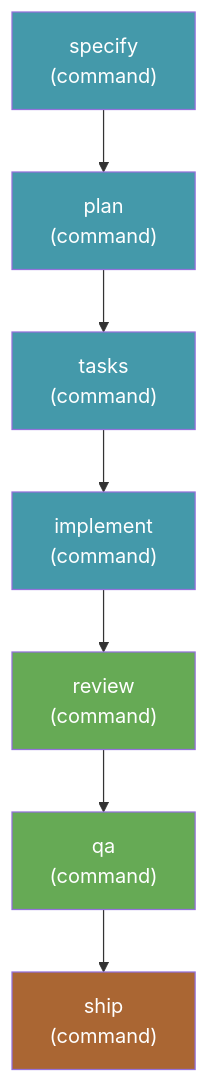
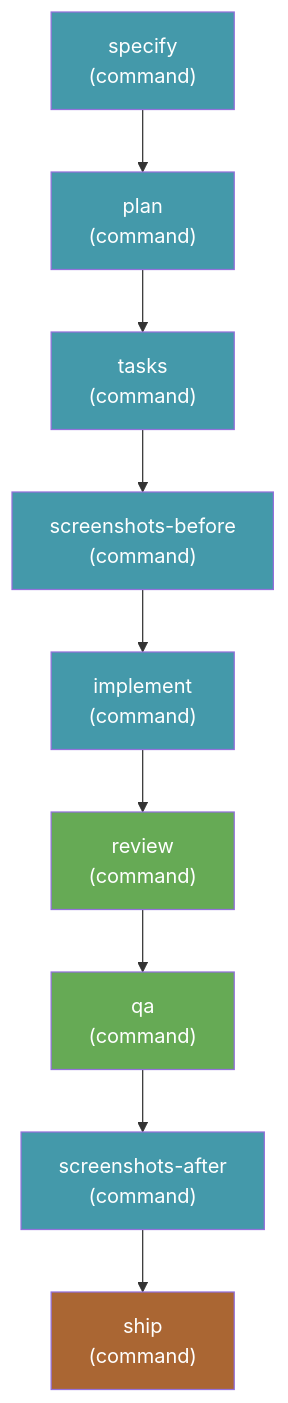
The diagram in workflows/send-it-checked/README.md (clintcparker/speckit-addons), drawn with Mermaid before and after one commit. The commit also changed other lines of this file and 3 other files, not shown here.

````diff
--- a/workflows/send-it-checked/README.md
+++ b/workflows/send-it-checked/README.md
@@ -40,17 +63,21 @@
 ```mermaid
 flowchart TB
     A["specify<br/>(command)"] --> B["plan<br/>(command)"]
     B --> C["tasks<br/>(command)"]
-    C --> D["implement<br/>(command)"]
-    D --> E["review<br/>(command)"]
-    E --> F["qa<br/>(command)"]
-    F --> G["ship<br/>(command)"]
+    C --> D["screenshots-before<br/>(command)"]
+    D --> E["implement<br/>(command)"]
+    E --> F["review<br/>(command)"]
+    F --> G["qa<br/>(command)"]
+    G --> H["screenshots-after<br/>(command)"]
+    H --> I["ship<br/>(command)"]
 
     style A fill:#49a,color:#fff
     style B fill:#49a,color:#fff
     style C fill:#49a,color:#fff
     style D fill:#49a,color:#fff
-    style E fill:#6a5,color:#fff
+    style E fill:#49a,color:#fff
     style F fill:#6a5,color:#fff
-    style G fill:#a63,color:#fff
+    style G fill:#6a5,color:#fff
+    style H fill:#49a,color:#fff
+    style I fill:#a63,color:#fff
 ```
````
